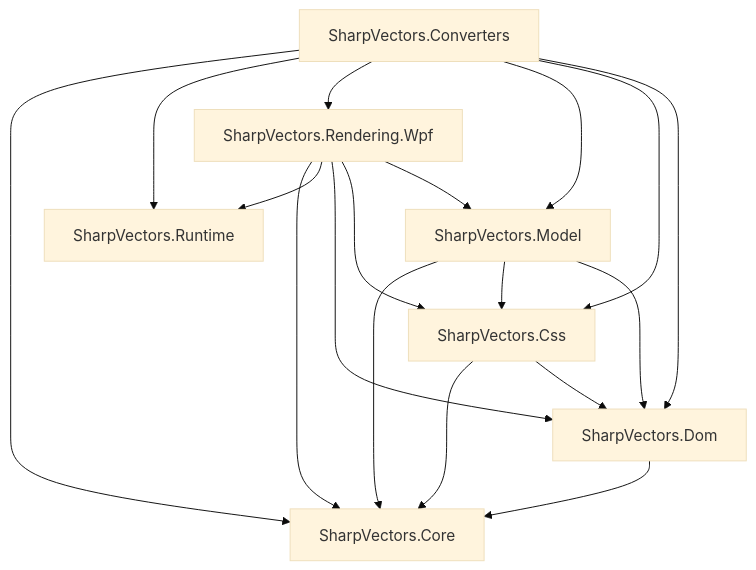
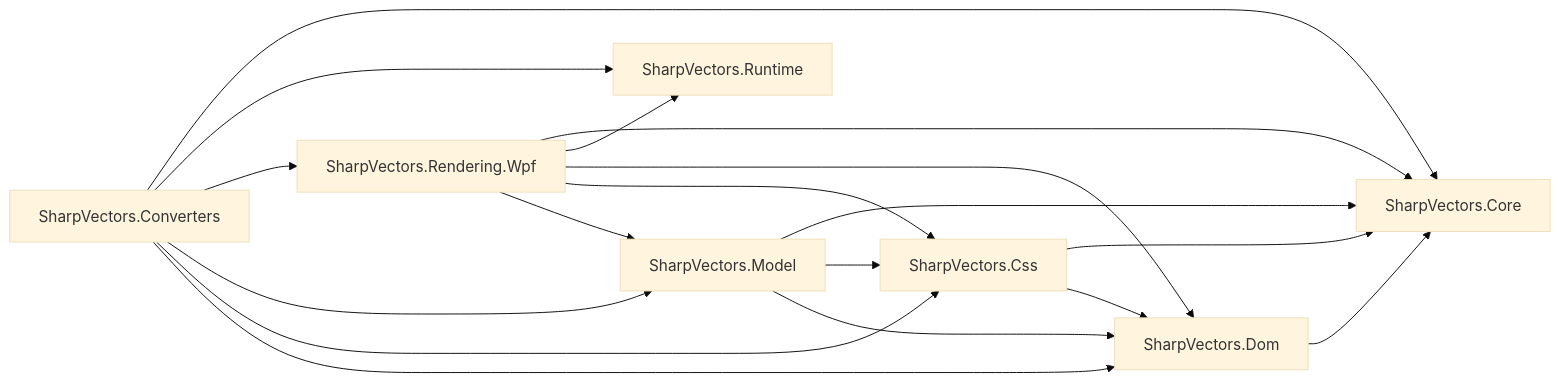
Before and after one commit to ElinamLLC/SharpVectors: the first of 2 diagrams in docfx/articles/index.md, drawn with Mermaid (base theme). The commit also changed other lines of this file and 755 other files, not shown here.

````diff
--- a/docfx/articles/index.md
+++ b/docfx/articles/index.md
@@ -10,20 +19,20 @@
 ```mermaid
-graph TD
+graph LR
     B[SharpVectors.Dom] --> A[SharpVectors.Core]
     C[SharpVectors.Css] --> A
     D[SharpVectors.Model] --> A
     E[SharpVectors.Rendering.Wpf] --> A
     F[SharpVectors.Converters] --> A
     E --> G[SharpVectors.Runtime]
     E --> B
     E --> C
     E --> D
     F --> G
     F --> E
     F --> D
     F --> C
-    F --> B    
+    F --> B
     D --> C
     D --> B
     C --> B
 ```
````
